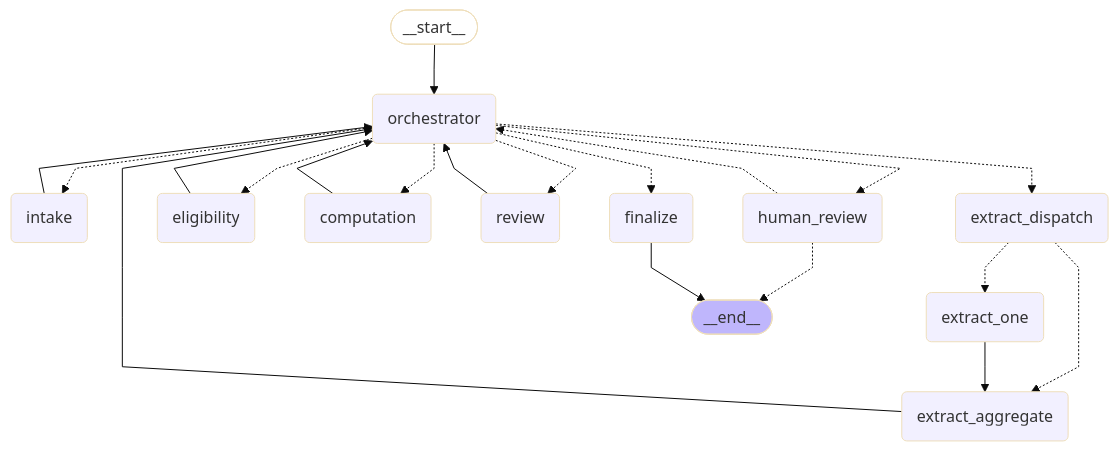
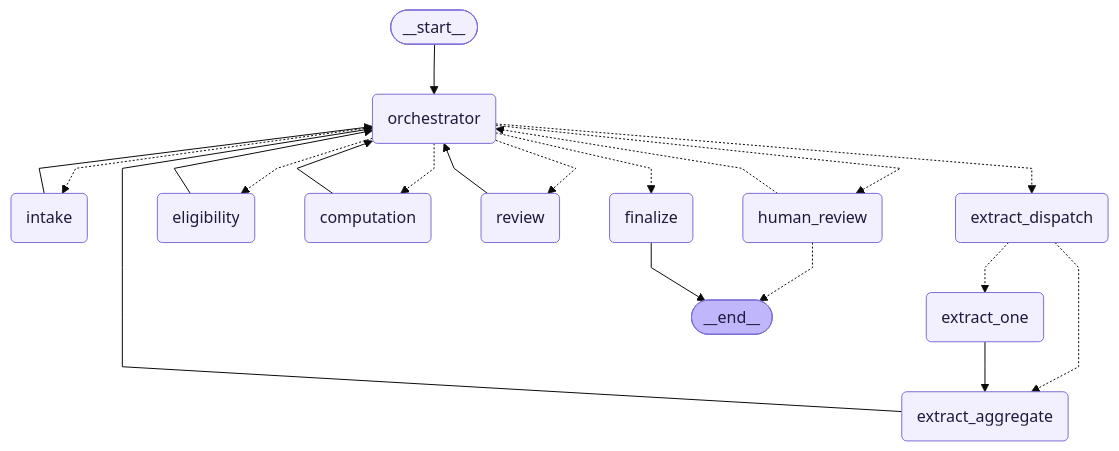
The diagram in docs/graph.mmd (SJAlanA/kushim-silverfile-team3), drawn with Mermaid (base theme) before and after one commit. The commit also changed 1 other file, not shown here.

Commit message:
Make the orchestration diagram readable in dark mode
The exported Mermaid classes set a light fill but no text colour, so
GitHub's dark theme drew light text on light boxes. Give every class an
explicit dark text colour and a purple border, and a solid fill for
__start__. Nodes, edges and layout are unchanged.

AI-assisted: Claude

```diff
--- a/docs/graph.mmd
+++ b/docs/graph.mmd
@@ -1,40 +1,40 @@
 ---
 config:
   flowchart:
     curve: linear
 ---
 graph TD;
 	__start__([<p>__start__</p>]):::first
 	orchestrator(orchestrator)
 	intake(intake)
 	extract_dispatch(extract_dispatch)
 	extract_one(extract_one)
 	extract_aggregate(extract_aggregate)
 	eligibility(eligibility)
 	computation(computation)
 	review(review)
 	human_review(human_review)
 	finalize(finalize)
 	__end__([<p>__end__</p>]):::last
 	__start__ --> orchestrator;
 	computation --> orchestrator;
 	eligibility --> orchestrator;
 	extract_aggregate --> orchestrator;
 	extract_dispatch -.-> extract_aggregate;
 	extract_dispatch -.-> extract_one;
 	extract_one --> extract_aggregate;
 	human_review -.-> __end__;
 	human_review -.-> orchestrator;
 	intake --> orchestrator;
 	orchestrator -.-> computation;
 	orchestrator -.-> eligibility;
 	orchestrator -.-> extract_dispatch;
 	orchestrator -.-> finalize;
 	orchestrator -.-> human_review;
 	orchestrator -.-> intake;
 	orchestrator -.-> review;
 	review --> orchestrator;
 	finalize --> __end__;
-	classDef default fill:#f2f0ff,line-height:1.2
-	classDef first fill-opacity:0
-	classDef last fill:#bfb6fc
+	classDef default fill:#f2f0ff,stroke:#7c6fd8,color:#1f1a3d,line-height:1.2
+	classDef first fill:#f2f0ff,stroke:#7c6fd8,color:#1f1a3d
+	classDef last fill:#bfb6fc,stroke:#7c6fd8,color:#1f1a3d
```
